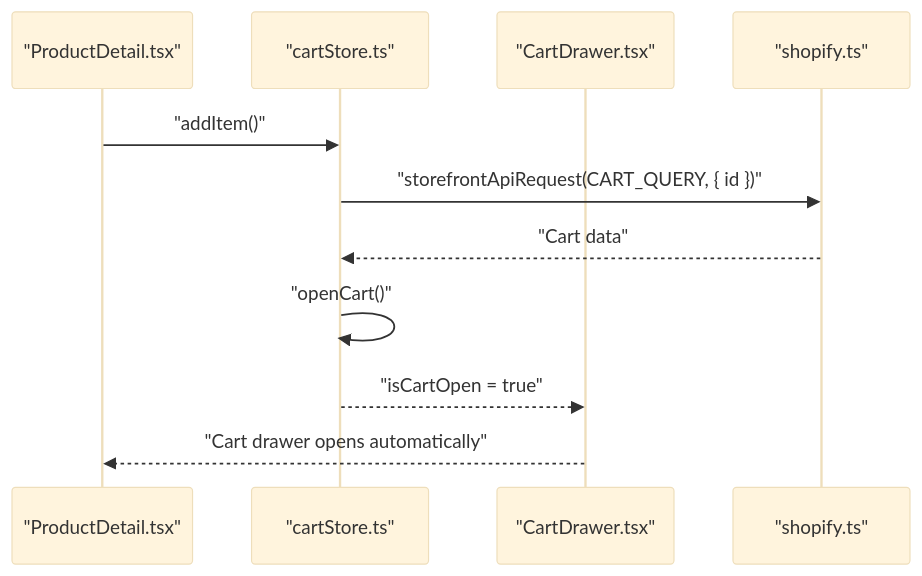
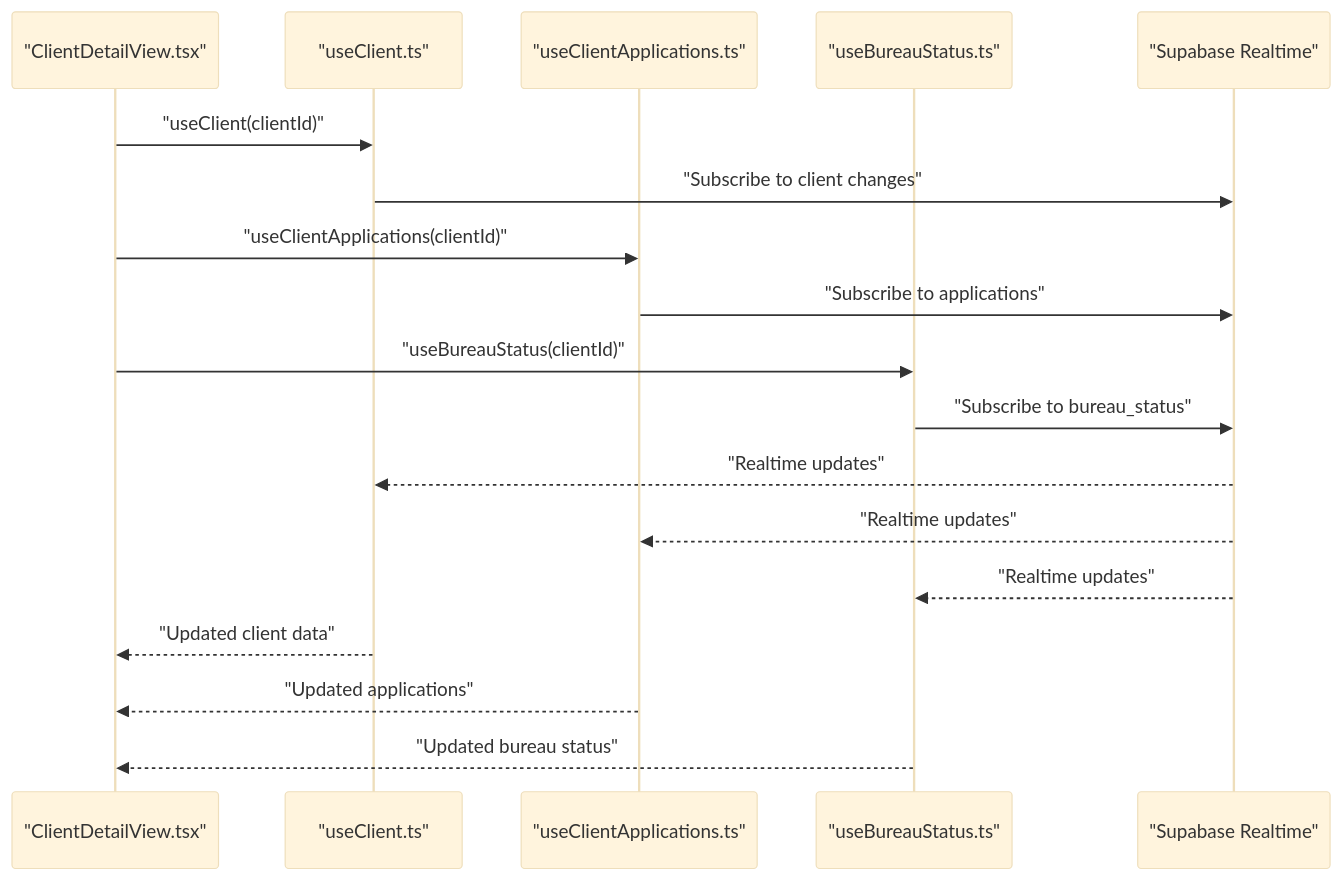
Before and after one commit to Hawky1/ryland: the second of 8 diagrams in .qoder/repowiki/en/content/State Management.md, drawn with Mermaid (base theme). The commit also changed other lines of this file and 88 other files, not shown here.

````diff
--- a/.qoder/repowiki/en/content/State Management.md
+++ b/.qoder/repowiki/en/content/State Management.md
@@ -146,13 +223,20 @@
 ```mermaid
 sequenceDiagram
-participant UI as "ProductDetail.tsx"
-participant Store as "cartStore.ts"
-participant Drawer as "CartDrawer.tsx"
-participant API as "shopify.ts"
-UI->>Store : "addItem()"
-Store->>API : "storefrontApiRequest(CART_QUERY, { id })"
-API-->>Store : "Cart data"
-Store->>Store : "openCart()"
-Store-->>Drawer : "isCartOpen = true"
-Drawer-->>UI : "Cart drawer opens automatically"
+participant UI as "ClientDetailView.tsx"
+participant ClientHook as "useClient.ts"
+participant AppsHook as "useClientApplications.ts"
+participant BureauHook as "useBureauStatus.ts"
+participant Supabase as "Supabase Realtime"
+UI->>ClientHook : "useClient(clientId)"
+ClientHook->>Supabase : "Subscribe to client changes"
+UI->>AppsHook : "useClientApplications(clientId)"
+AppsHook->>Supabase : "Subscribe to applications"
+UI->>BureauHook : "useBureauStatus(clientId)"
+BureauHook->>Supabase : "Subscribe to bureau_status"
+Supabase-->>ClientHook : "Realtime updates"
+Supabase-->>AppsHook : "Realtime updates"
+Supabase-->>BureauHook : "Realtime updates"
+ClientHook-->>UI : "Updated client data"
+AppsHook-->>UI : "Updated applications"
+BureauHook-->>UI : "Updated bureau status"
 ```
````
